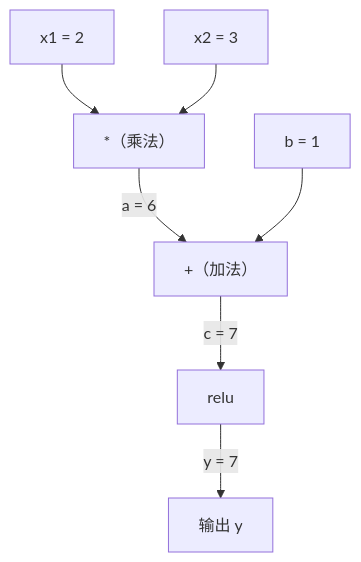
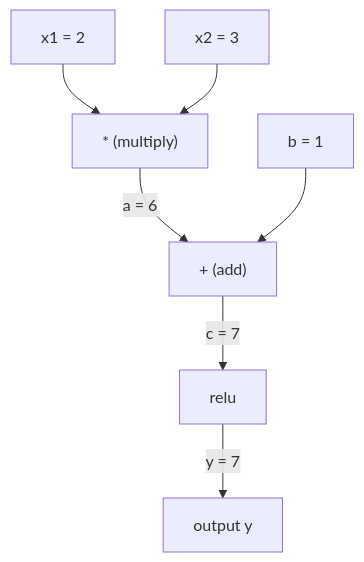
Before and after one commit to omigaZen/ai-engineering-from-scratch: the first of 2 diagrams in phases/01-math-foundations/05-chain-rule-and-autodiff/docs/zh.md, drawn with Mermaid. The commit also changed other lines of this file and 32 other files, not shown here.

````diff
--- a/phases/01-math-foundations/05-chain-rule-and-autodiff/docs/zh.md
+++ b/phases/01-math-foundations/05-chain-rule-and-autodiff/docs/zh.md
@@ -64,9 +64,9 @@
 ```mermaid
 graph TD
-    x1["x1 = 2"] --> mul["*（乘法）"]
+    x1["x1 = 2"] --> mul["* (multiply)"]
     x2["x2 = 3"] --> mul
-    mul -->|"a = 6"| add["+（加法）"]
+    mul -->|"a = 6"| add["+ (add)"]
     b["b = 1"] --> add
     add -->|"c = 7"| relu["relu"]
-    relu -->|"y = 7"| y["输出 y"]
+    relu -->|"y = 7"| y["output y"]
 ```
````
